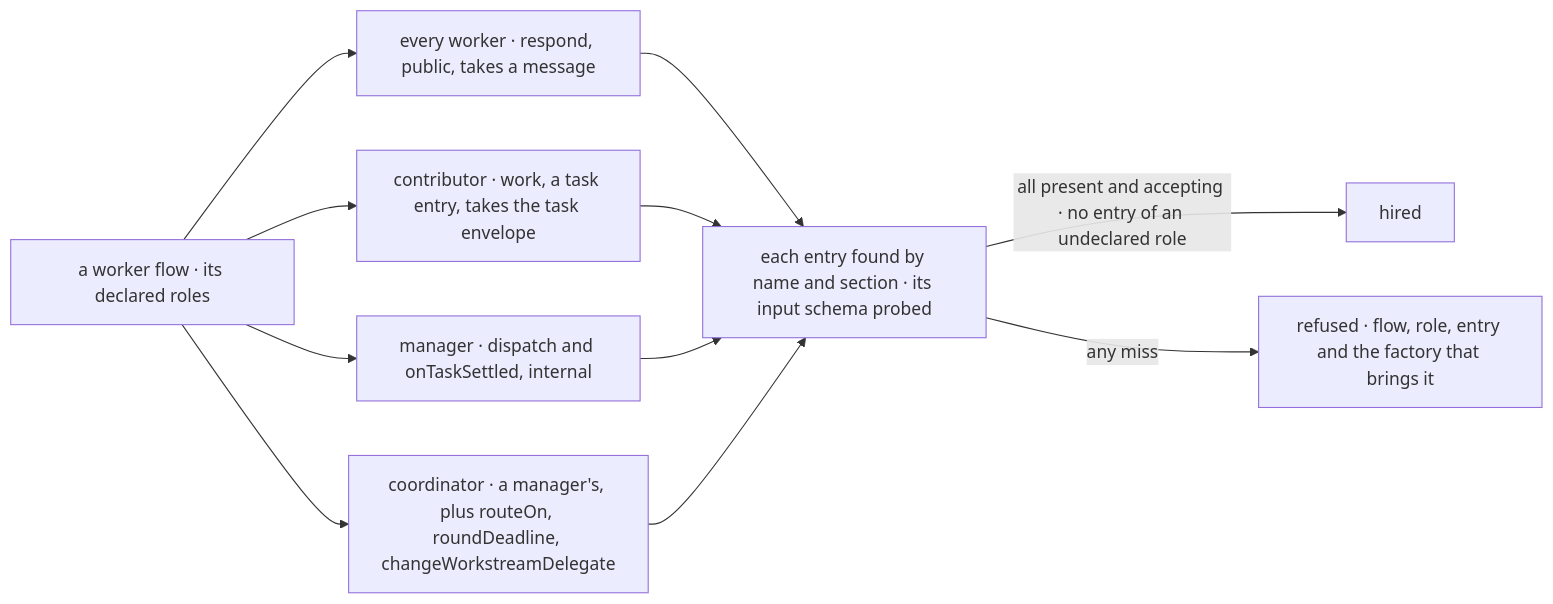
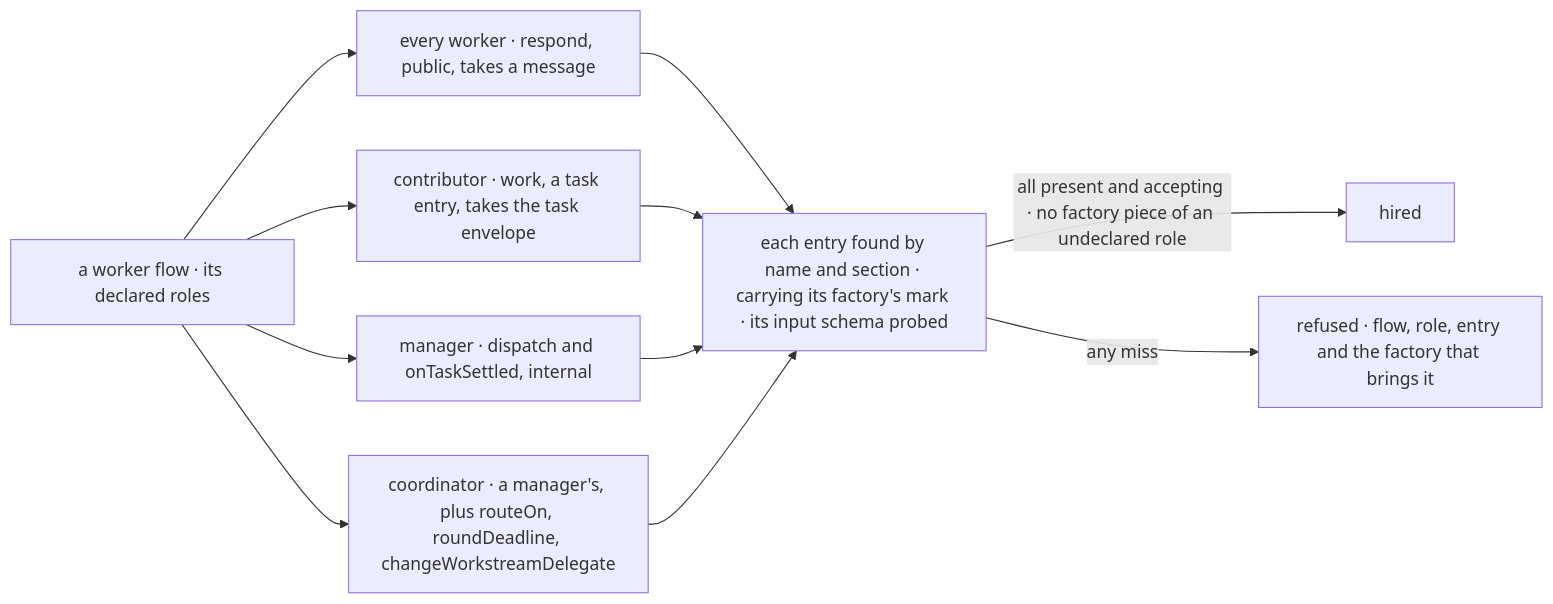
The second of 2 diagrams in specs/issues/FIX-2084/SPEC.md (fixpoint-labs/flow-state-dev), drawn with Mermaid before and after one commit. The commit also changed other lines of this file and 2 other files, not shown here.

First line of the commit message:
spec(FIX-2084): review round 1, the reverse check reads the factory's mark

````diff
--- a/specs/issues/FIX-2084/SPEC.md
+++ b/specs/issues/FIX-2084/SPEC.md
@@ -98,13 +100,13 @@
 ```mermaid
 flowchart LR
   R["a worker flow · its declared roles"] --> E["every worker · respond, public, takes a message"]
   R --> C["contributor · work, a task entry, takes the task envelope"]
   R --> M["manager · dispatch and onTaskSettled, internal"]
   R --> K["coordinator · a manager's, plus routeOn, roundDeadline, changeWorkstreamDelegate"]
-  E --> P["each entry found by name and section · its input schema probed"]
+  E --> P["each entry found by name and section · carrying its factory's mark · its input schema probed"]
   C --> P
   M --> P
   K --> P
-  P -->|"all present and accepting · no entry of an undeclared role"| H["hired"]
+  P -->|"all present and accepting · no factory piece of an undeclared role"| H["hired"]
   P -->|"any miss"| X["refused · flow, role, entry and the factory that brings it"]
 ```
````
